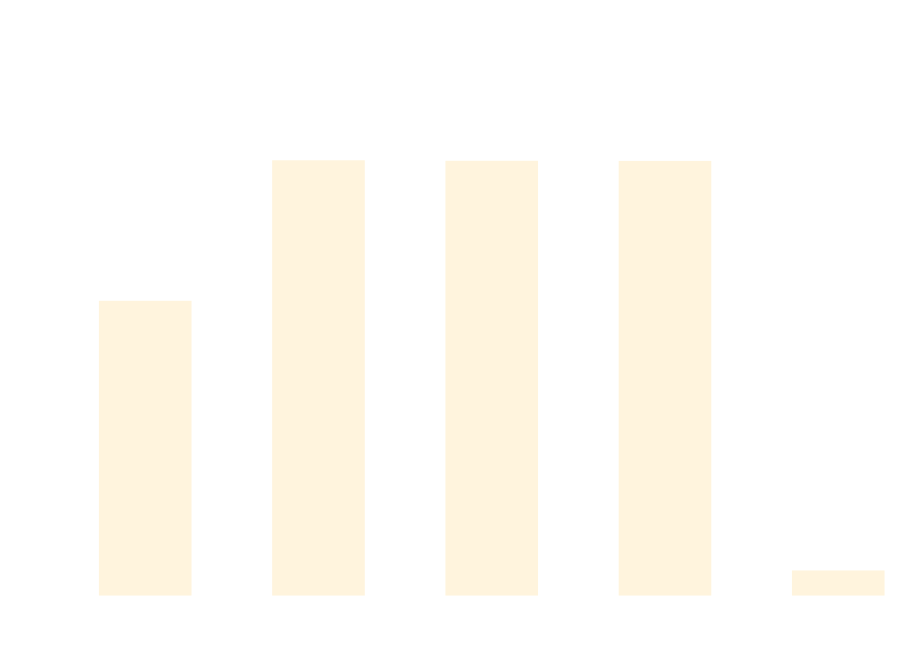
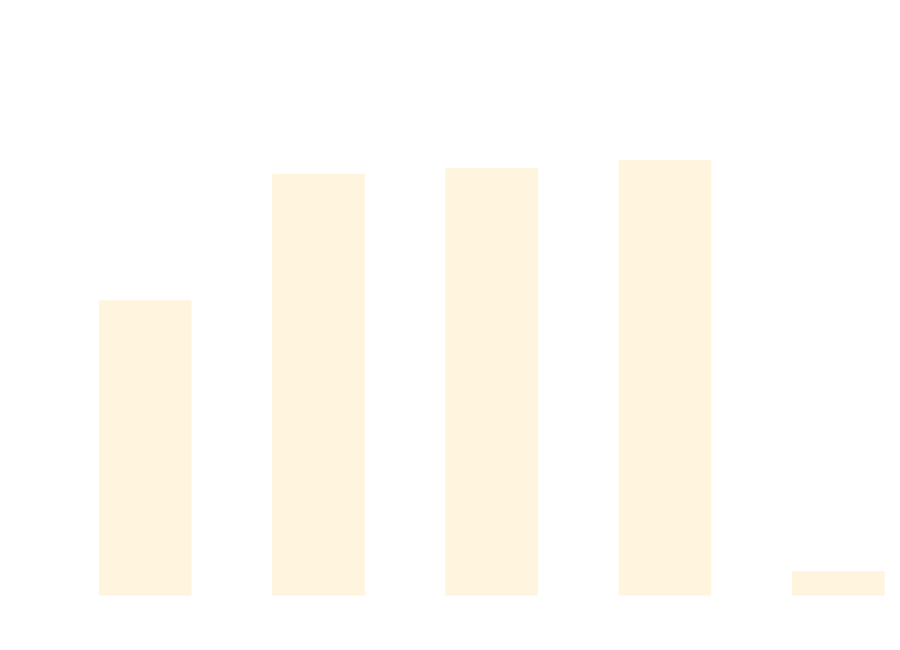
The diagram in docs/docs/benchmarks/DataDrivenTests.md (thomhurst/TUnit), drawn with Mermaid before and after one commit. The commit also changed other lines of this file and 17 other files, not shown here.

````diff
--- a/docs/docs/benchmarks/DataDrivenTests.md
+++ b/docs/docs/benchmarks/DataDrivenTests.md
@@ -27,37 +27,37 @@
 ```mermaid
 %%{init: {
   'theme':'base',
   'themeVariables': {
     'primaryColor': '#2563eb',
     'primaryTextColor': '#ffffff',
     'primaryBorderColor': '#1e40af',
     'lineColor': '#6b7280',
     'secondaryColor': '#7c3aed',
     'tertiaryColor': '#dc2626',
     'background': '#ffffff',
     'mainBkg': '#2563eb',
     'secondBkg': '#7c3aed',
     'tertiaryBkg': '#dc2626',
     'clusterBkg': '#f3f4f6',
     'edgeLabelBackground': '#ffffff',
     'tertiaryTextColor': '#1f2937',
     'pie1': '#2563eb',
     'pie2': '#7c3aed',
     'pie3': '#dc2626',
     'pie4': '#f59e0b',
     'pie5': '#10b981',
     'pie6': '#06b6d4',
     'pie7': '#ec4899',
     'pie8': '#6366f1',
     'pie9': '#84cc16',
     'pie10': '#f97316',
     'pie11': '#14b8a6',
     'pie12': '#a855f7'
   }
 }}%%
 xychart-beta
   title "DataDrivenTests Performance Comparison"
   x-axis ["TUnit", "NUnit", "MSTest", "xUnit3", "TUnit_AOT"]
-  y-axis "Time (ms)" 0 --> 750
-  bar [418.05, 624.17, 623.45, 623.26, 22.43]
+  y-axis "Time (ms)" 0 --> 818
+  bar [456.71, 659.07, 668.04, 680.94, 23.34]
 ```
````
